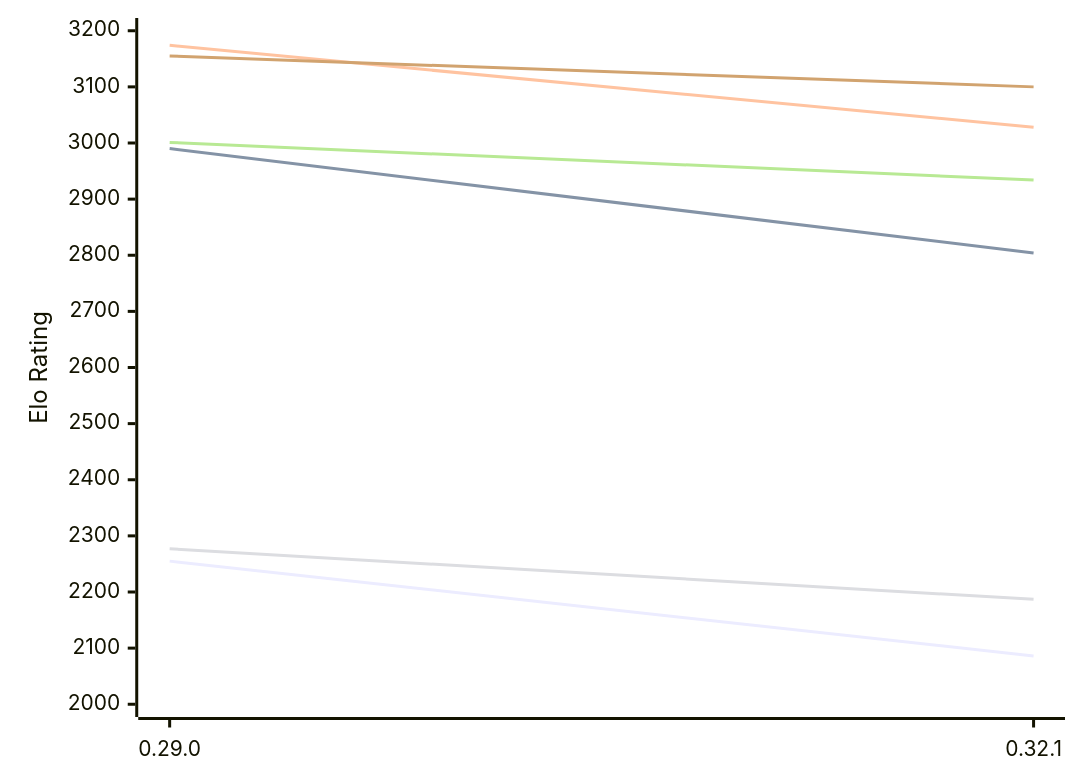
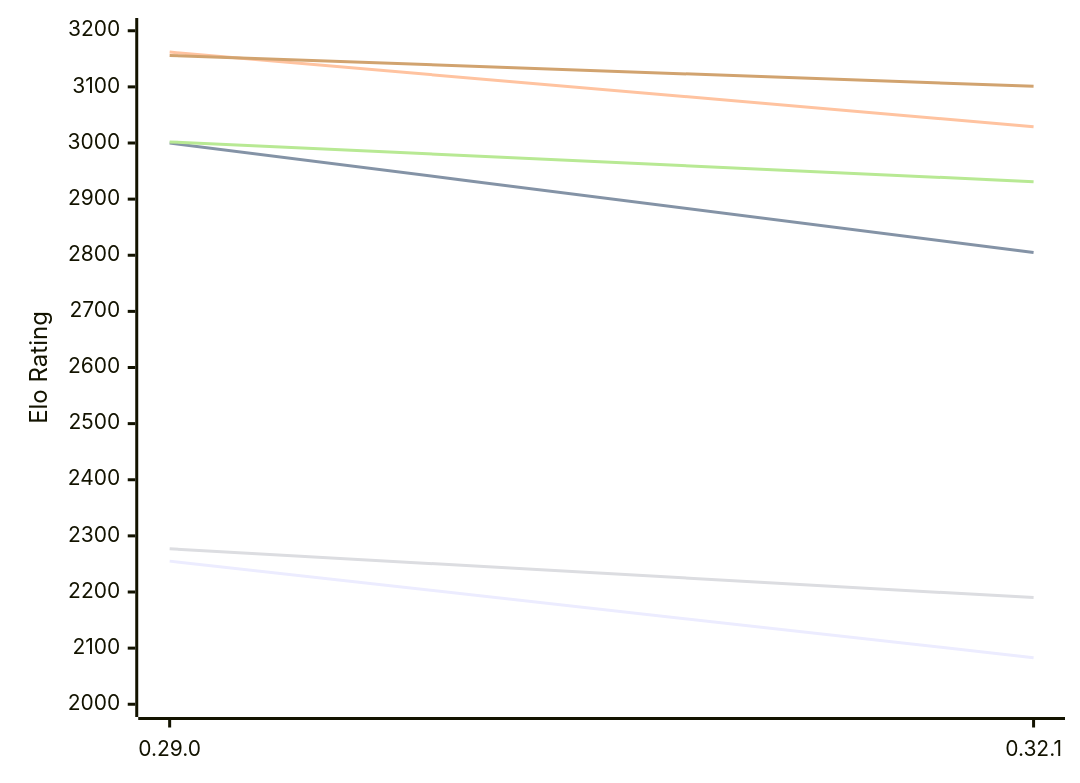
The first of 2 diagrams in engines/Lc0.md (computer-chess-index/cci), drawn with Mermaid before and after one commit. The commit also changed other lines of this file, not shown here.

Commit message:
Update CCI Ratings (ELO VLTC) - 2026-11-27

````diff
--- a/engines/Lc0.md
+++ b/engines/Lc0.md
@@ -50,12 +50,12 @@
 ```mermaid
 %%{init: {"theme":"base","themeVariables":{"seriesColors:['#a3a3a3','#222221','#faa371']}}}%%
 xychart-beta
   x-axis ["0.29.0", "0.32.1"]
   y-axis "Elo Rating" 2000 --> 3200
-  line "E1: STC (8.0+0.08s)" [2255, 2086]
-  line "E1: LTC (60.0+0.60s)" [2990, 2804]
-  line "E1: VLTC (2m24s+1.12s)" [3174, 3028]
-  line "P1: STC (8.0+0.08s)" [2277, 2187]
-  line "P1: LTC (60.0+0.60s)" [3001, 2934]
-  line "P1: VLTC (2m24s+1.12s)" [3155, 3100]
+  line "E1: STC (8.0+0.08s)" [2255, 2083]
+  line "E1: LTC (60.0+0.60s)" [3000, 2805]
+  line "E1: VLTC (2m24s+1.12s)" [3162, 3029]
+  line "P1: STC (8.0+0.08s)" [2277, 2190]
+  line "P1: LTC (60.0+0.60s)" [3002, 2931]
+  line "P1: VLTC (2m24s+1.12s)" [3156, 3101]
 ```
````
